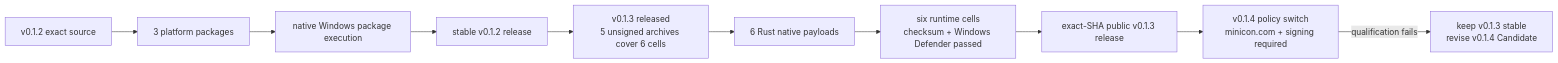
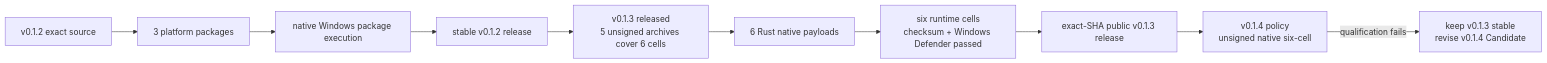
The first of 4 diagrams in prd/PRD_02_27_con_delivery.md (partnernetsoftware/minicon), drawn with Mermaid before and after one commit. The commit also changed other lines of this file and 11 other files, not shown here.

Commit message:
release: prepare unsigned native v0.1.4

````diff
--- a/prd/PRD_02_27_con_delivery.md
+++ b/prd/PRD_02_27_con_delivery.md
@@ -55,12 +56,12 @@
 ```mermaid
 flowchart LR
     S12["v0.1.2 exact source"] --> B12["3 platform packages"]
     B12 --> W12["native Windows package execution"]
     W12 --> R12["stable v0.1.2 release"]
     R12 --> X13["v0.1.3 released<br/>5 unsigned archives cover 6 cells"]
     X13 --> P13["6 Rust native payloads"]
     P13 --> G13["six runtime cells<br/>checksum + Windows Defender passed"]
     G13 --> R13["exact-SHA public v0.1.3 release"]
-    R13 --> X14["v0.1.4 policy switch<br/>minicon.com + signing required"]
+    R13 --> X14["v0.1.4 policy<br/>unsigned native six-cell"]
     X14 -->|qualification fails| K12["keep v0.1.3 stable<br/>revise v0.1.4 Candidate"]
 ```
````
